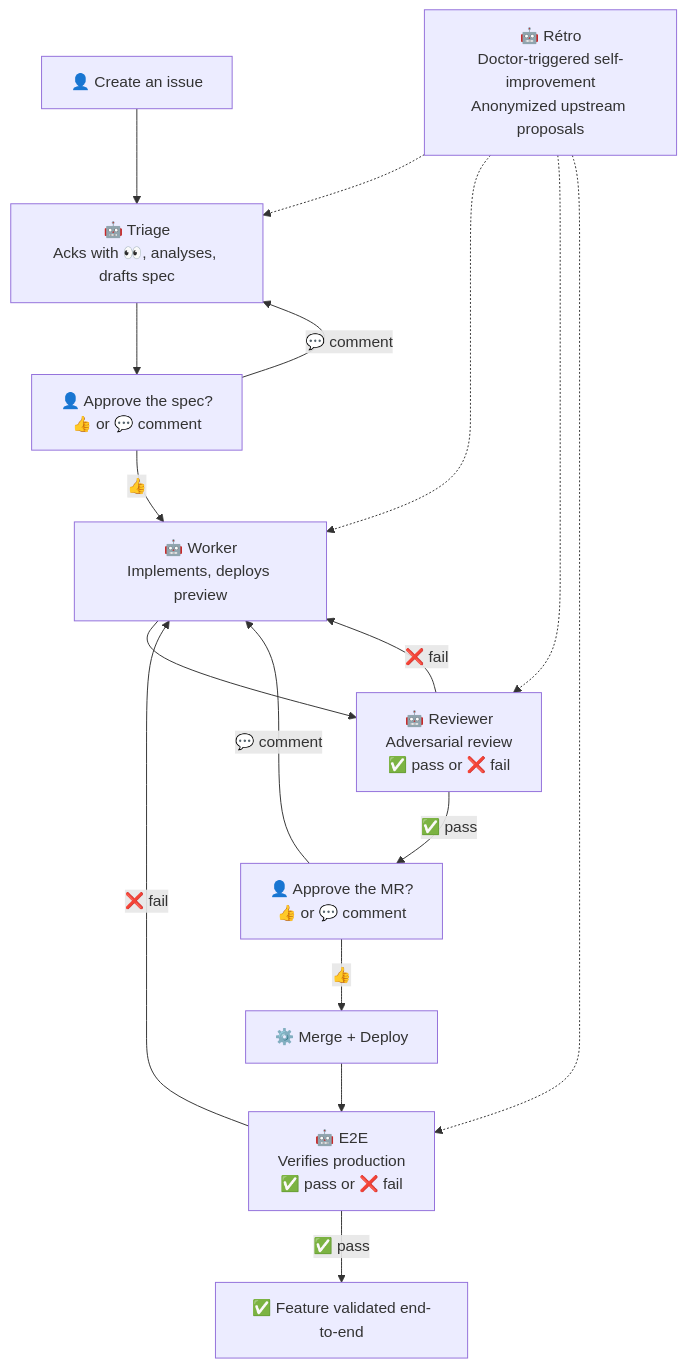
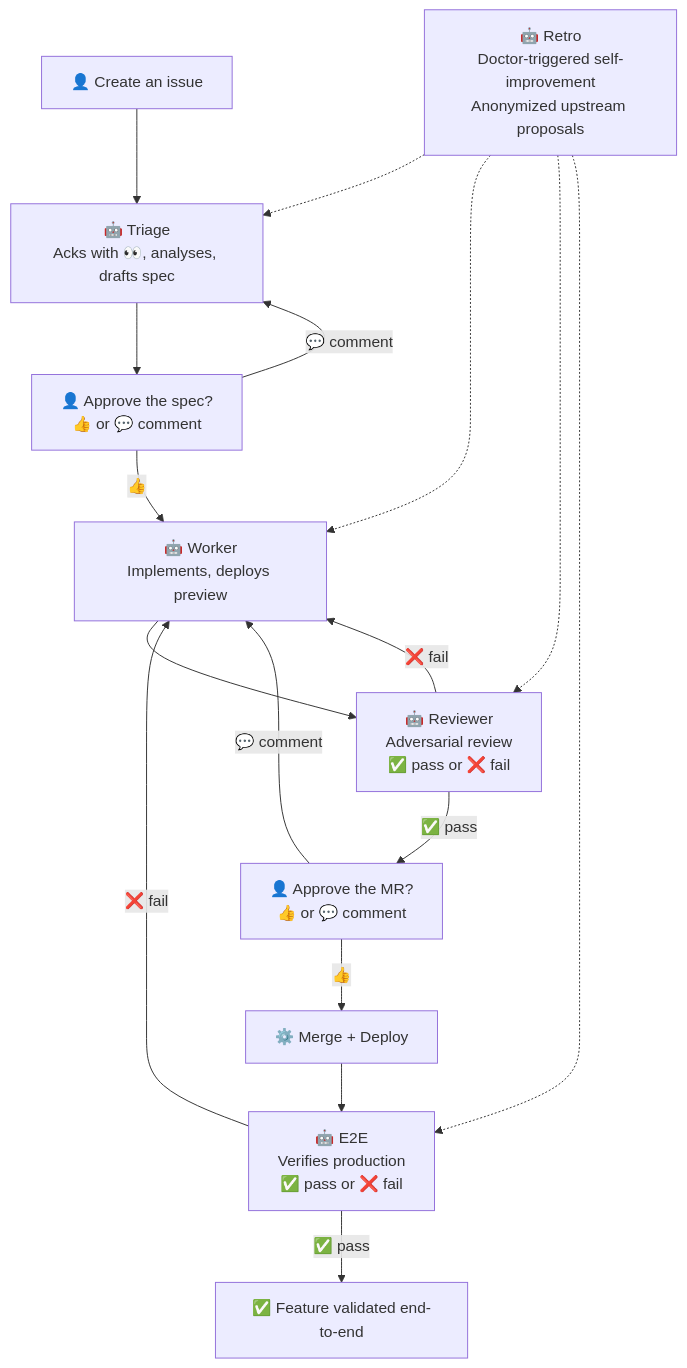
The first of 3 diagrams in ARCHITECTURE.md (ankaboot-source/boucle), drawn with Mermaid before and after one commit. The commit also changed other lines of this file and 23 other files, not shown here.

Commit message:
docs(retro): English is the upstream language — codify the norm, normalize the feature name (#139)

````diff
--- a/ARCHITECTURE.md
+++ b/ARCHITECTURE.md
@@ -28,20 +28,20 @@
 ```mermaid
 flowchart TD
     H1["👤 Create an issue"] --> T["🤖 Triage<br/>Acks with 👀, analyses, drafts spec"]
     T --> H2["👤 Approve the spec?<br/>👍 or 💬 comment"]
     H2 -->|👍| W["🤖 Worker<br/>Implements, deploys preview"]
     H2 -->|💬 comment| T
     W --> R["🤖 Reviewer<br/>Adversarial review<br/>✅ pass or ❌ fail"]
     R -->|✅ pass| H3["👤 Approve the MR?<br/>👍 or 💬 comment"]
     R -->|❌ fail| W
     H3 -->|👍| M["⚙️ Merge + Deploy"]
     H3 -->|💬 comment| W
     M --> E["🤖 E2E<br/>Verifies production<br/>✅ pass or ❌ fail"]
     E -->|✅ pass| D["✅ Feature validated end-to-end"]
     E -->|❌ fail| W
-    L["🤖 Rétro<br/>Doctor-triggered self-improvement<br/>Anonymized upstream proposals"]
+    L["🤖 Retro<br/>Doctor-triggered self-improvement<br/>Anonymized upstream proposals"]
     L -.-> T
     L -.-> W
     L -.-> R
     L -.-> E
 ```
````
